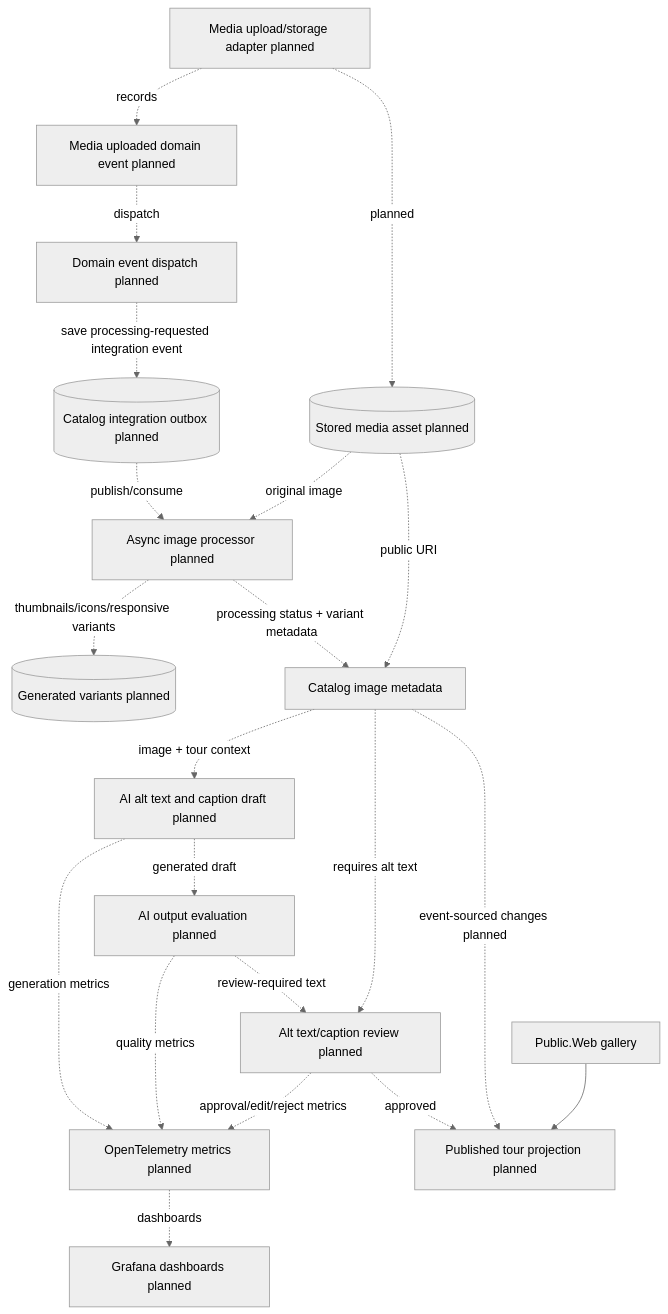
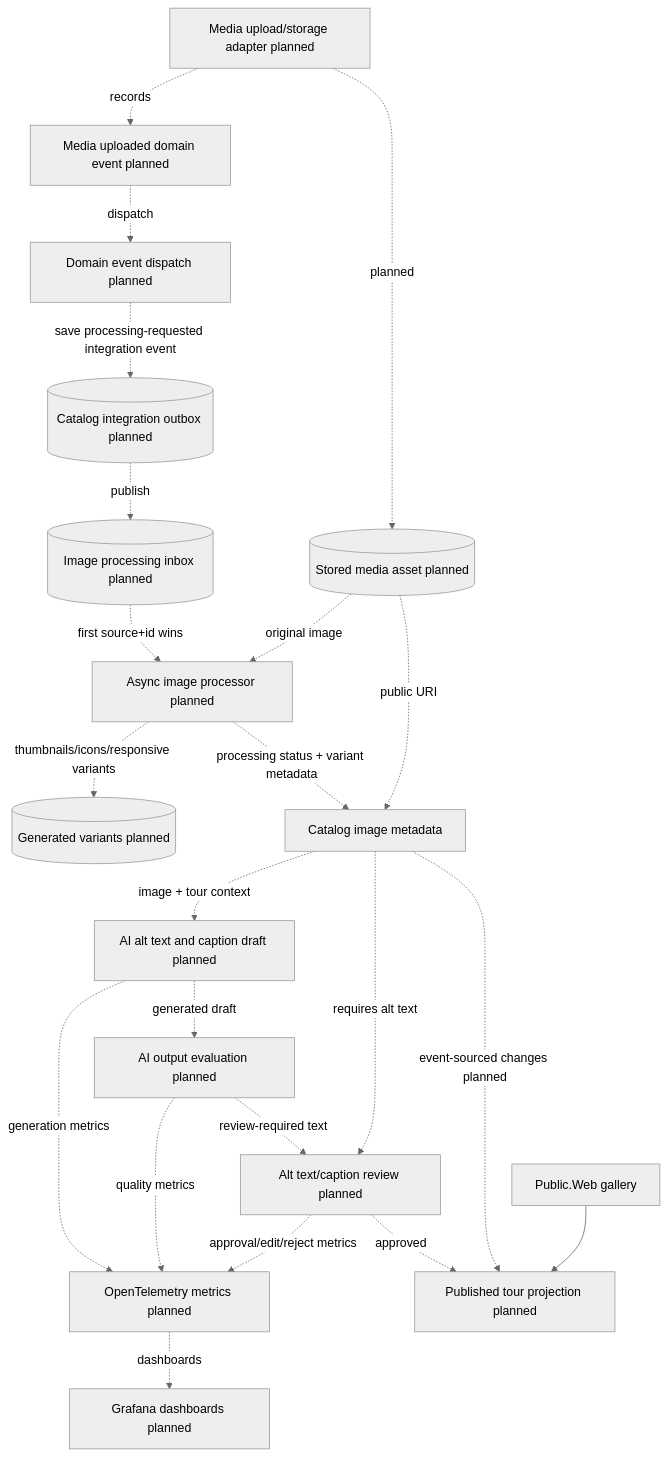
One commit to danigutsch/ViajantesTurismo changed the ninth of 9 diagrams in docs/architecture/FLOWS.md. Above: the diagram before and after it, drawn with Mermaid (neutral theme). The commit also changed other lines of this file and 1 other file, not shown here.

````diff
--- a/docs/architecture/FLOWS.md
+++ b/docs/architecture/FLOWS.md
@@ -257,39 +263,41 @@
 ```mermaid
 flowchart TB
     upload[Media upload/storage adapter planned]
     asset[(Stored media asset planned)]
     domainEvent[Media uploaded domain event planned]
     domainDispatch[Domain event dispatch planned]
     outbox[(Catalog integration outbox planned)]
+    inbox[(Image processing inbox planned)]
     processor[Async image processor planned]
     variants[(Generated variants planned)]
     metadata[Catalog image metadata]
     ai[AI alt text and caption draft planned]
     eval[AI output evaluation planned]
     telemetry[OpenTelemetry metrics planned]
     grafana[Grafana dashboards planned]
     review[Alt text/caption review planned]
     projection[Published tour projection planned]
     publicWeb[Public.Web gallery]
 
     upload -. planned .-> asset
     upload -. records .-> domainEvent
     domainEvent -. dispatch .-> domainDispatch
     domainDispatch -. save processing-requested integration event .-> outbox
-    outbox -. publish/consume .-> processor
+    outbox -. publish .-> inbox
+    inbox -. first source+id wins .-> processor
     asset -. original image .-> processor
     processor -. thumbnails/icons/responsive variants .-> variants
     processor -. processing status + variant metadata .-> metadata
     asset -. public URI .-> metadata
     metadata -. image + tour context .-> ai
     ai -. generated draft .-> eval
     eval -. review-required text .-> review
     ai -. generation metrics .-> telemetry
     eval -. quality metrics .-> telemetry
     review -. approval/edit/reject metrics .-> telemetry
     telemetry -. dashboards .-> grafana
     metadata -. requires alt text .-> review
     review -. approved .-> projection
     metadata -. event-sourced changes planned .-> projection
     publicWeb --> projection
 ```
````
